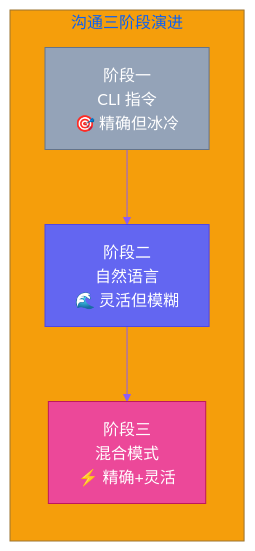
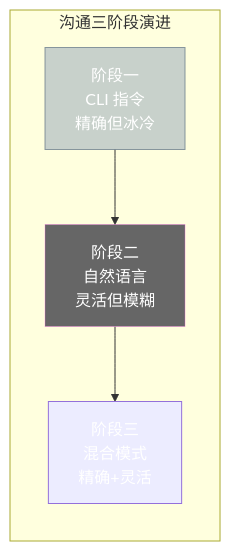
The first of 2 diagrams in posts/yason-and-roberts/zh/ch03.md (VokoForge/ai-prism), drawn with Mermaid before and after one commit. The commit also changed other lines of this file and 31 other files, not shown here.

First line of the commit message:
✨ Rewrite all articles: hook titles, Mermaid diagrams, engaging style

````diff
--- a/posts/yason-and-roberts/zh/ch03.md
+++ b/posts/yason-and-roberts/zh/ch03.md
@@ -34,12 +34,11 @@
 ```mermaid
-%%{init: {'theme': 'base', 'themeVariables': {'primaryColor': '#6366f1','primaryTextColor': '#fff','primaryBorderColor': '#4f46e5','lineColor': '#8b5cf6','secondaryColor': '#ec4899','tertiaryColor': '#f59e0b'}}}%%
 graph LR
     subgraph "沟通三阶段演进"
-        A["阶段一<br>CLI 指令<br>🎯 精确但冰冷"] --> B["阶段二<br>自然语言<br>🌊 灵活但模糊"]
-        B --> C["阶段三<br>混合模式<br>⚡ 精确+灵活"]
+        A["阶段一<br>CLI 指令<br> 精确但冰冷"] --> B["阶段二<br>自然语言<br> 灵活但模糊"]
+        B --> C["阶段三<br>混合模式<br> 精确+灵活"]
     end
 
-    style A fill:#94a3b8,stroke:#64748b,color:#fff
-    style B fill:#6366f1,stroke:#4f46e5,color:#fff
-    style C fill:#ec4899,stroke:#be185d,color:#fff
+    style A fill:#9ab8,stroke:#678b,color:#fff
+    style B fill:#666f,stroke:#f6e5,color:#fff
+    style C fill:#ec899,stroke:#be85d,color:#fff
 ```
````
